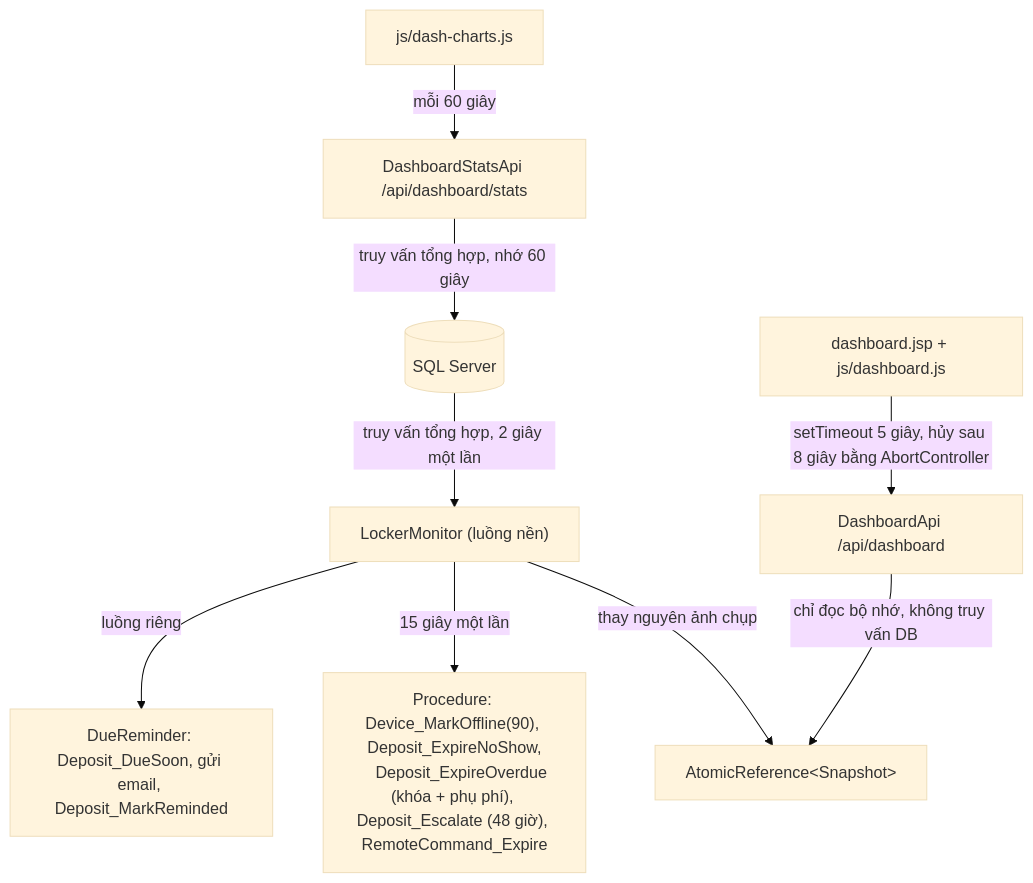
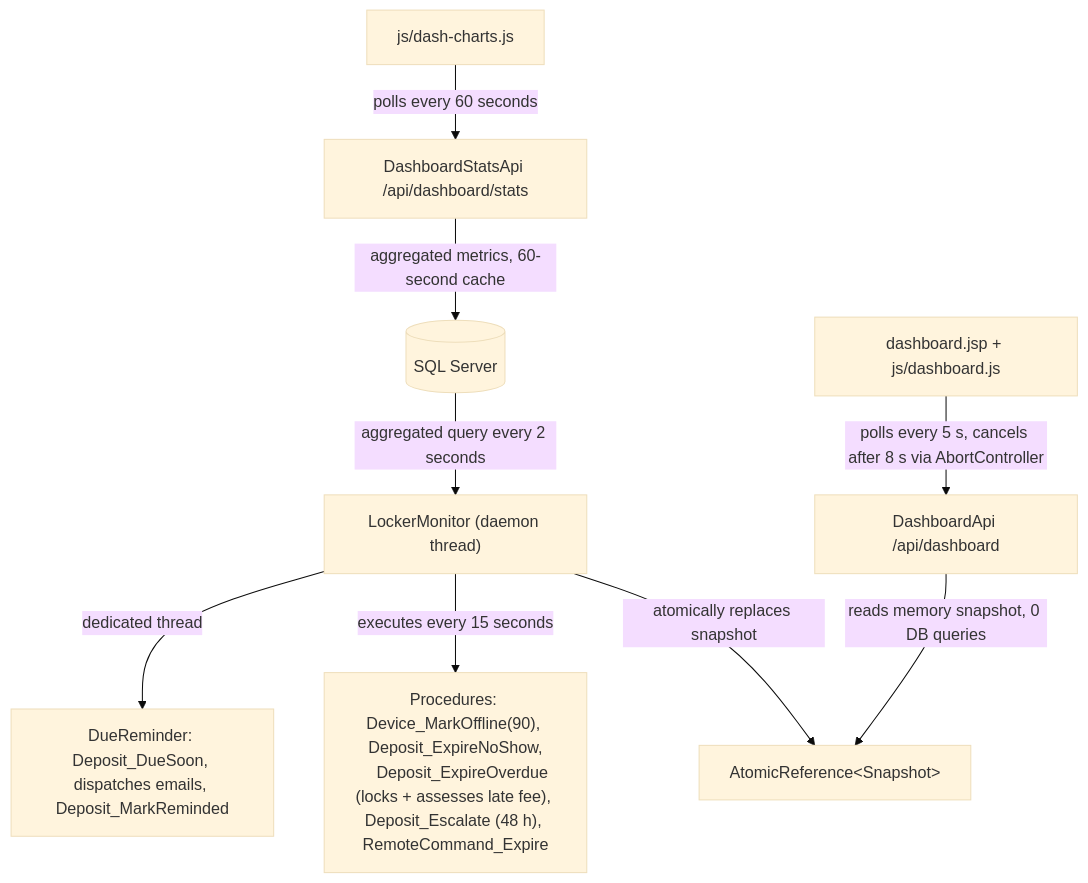
The first of 4 diagrams in docs/SYSTEM_FLOWS.md (HoangDuc1003/SmartLocker), drawn with Mermaid (base theme) before and after one commit. The commit also changed other lines of this file and 215 other files, not shown here.

````diff
--- a/docs/SYSTEM_FLOWS.md
+++ b/docs/SYSTEM_FLOWS.md
@@ -14,12 +13,12 @@
 ```mermaid
 flowchart TD
-    DB[(SQL Server)] -->|truy vấn tổng hợp, 2 giây một lần| LM["LockerMonitor (luồng nền)"]
-    LM -->|thay nguyên ảnh chụp| CACHE["AtomicReference&lt;Snapshot&gt;"]
-    API["DashboardApi /api/dashboard"] -->|chỉ đọc bộ nhớ, không truy vấn DB| CACHE
-    Stats["DashboardStatsApi /api/dashboard/stats"] -->|truy vấn tổng hợp, nhớ 60 giây| DB[(SQL Server)]
-    Charts["js/dash-charts.js"] -->|mỗi 60 giây| Stats
-    Page["dashboard.jsp + js/dashboard.js"] -->|setTimeout 5 giây, hủy sau 8 giây bằng AbortController| API
-    LM -->|15 giây một lần| PROC["Procedure: Device_MarkOffline(90), Deposit_ExpireNoShow,
-    Deposit_ExpireOverdue (khóa + phụ phí), Deposit_Escalate (48 giờ), RemoteCommand_Expire"]
-    LM -->|luồng riêng| MAIL["DueReminder: Deposit_DueSoon, gửi email, Deposit_MarkReminded"]
+    DB[(SQL Server)] -->|aggregated query every 2 seconds| LM["LockerMonitor (daemon thread)"]
+    LM -->|atomically replaces snapshot| CACHE["AtomicReference&lt;Snapshot&gt;"]
+    API["DashboardApi /api/dashboard"] -->|reads memory snapshot, 0 DB queries| CACHE
+    Stats["DashboardStatsApi /api/dashboard/stats"] -->|aggregated metrics, 60-second cache| DB[(SQL Server)]
+    Charts["js/dash-charts.js"] -->|polls every 60 seconds| Stats
+    Page["dashboard.jsp + js/dashboard.js"] -->|polls every 5 s, cancels after 8 s via AbortController| API
+    LM -->|executes every 15 seconds| PROC["Procedures: Device_MarkOffline(90), Deposit_ExpireNoShow,
+    Deposit_ExpireOverdue (locks + assesses late fee), Deposit_Escalate (48 h), RemoteCommand_Expire"]
+    LM -->|dedicated thread| MAIL["DueReminder: Deposit_DueSoon, dispatches emails, Deposit_MarkReminded"]
 ```
````
